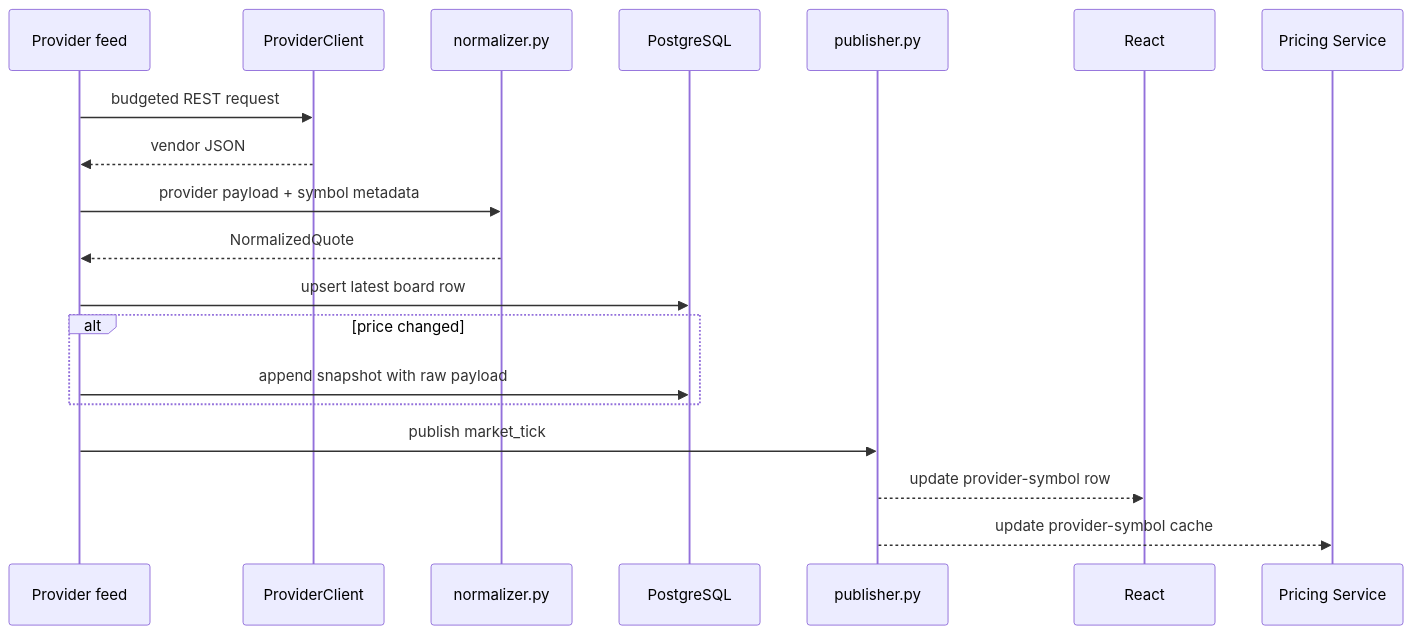
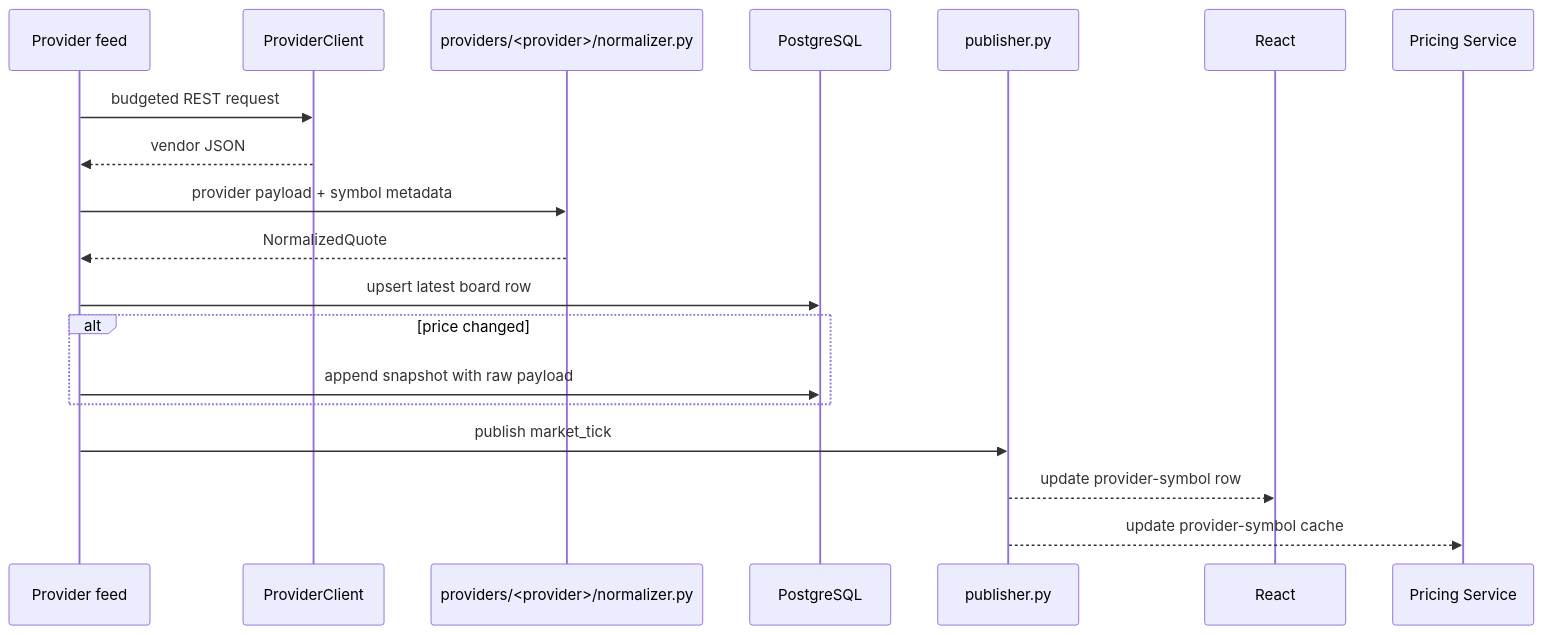
Before and after one commit to j-gulinski/trading-desk: the third of 5 diagrams in docs/implementation/multi-provider-trading.md, drawn with Mermaid. The commit also changed other lines of this file and 212 other files, not shown here.

````diff
--- a/docs/implementation/multi-provider-trading.md
+++ b/docs/implementation/multi-provider-trading.md
@@ -172,22 +172,22 @@
 ```mermaid
 sequenceDiagram
     participant Feed as Provider feed
     participant Client as ProviderClient
-    participant Norm as normalizer.py
+    participant Norm as providers/<provider>/normalizer.py
     participant DB as PostgreSQL
     participant SSE as publisher.py
     participant UI as React
     participant Pricing as Pricing Service
 
     Feed->>Client: budgeted REST request
     Client-->>Feed: vendor JSON
     Feed->>Norm: provider payload + symbol metadata
     Norm-->>Feed: NormalizedQuote
     Feed->>DB: upsert latest board row
     alt price changed
         Feed->>DB: append snapshot with raw payload
     end
     Feed->>SSE: publish market_tick
     SSE-->>UI: update provider-symbol row
     SSE-->>Pricing: update provider-symbol cache
 ```
````
